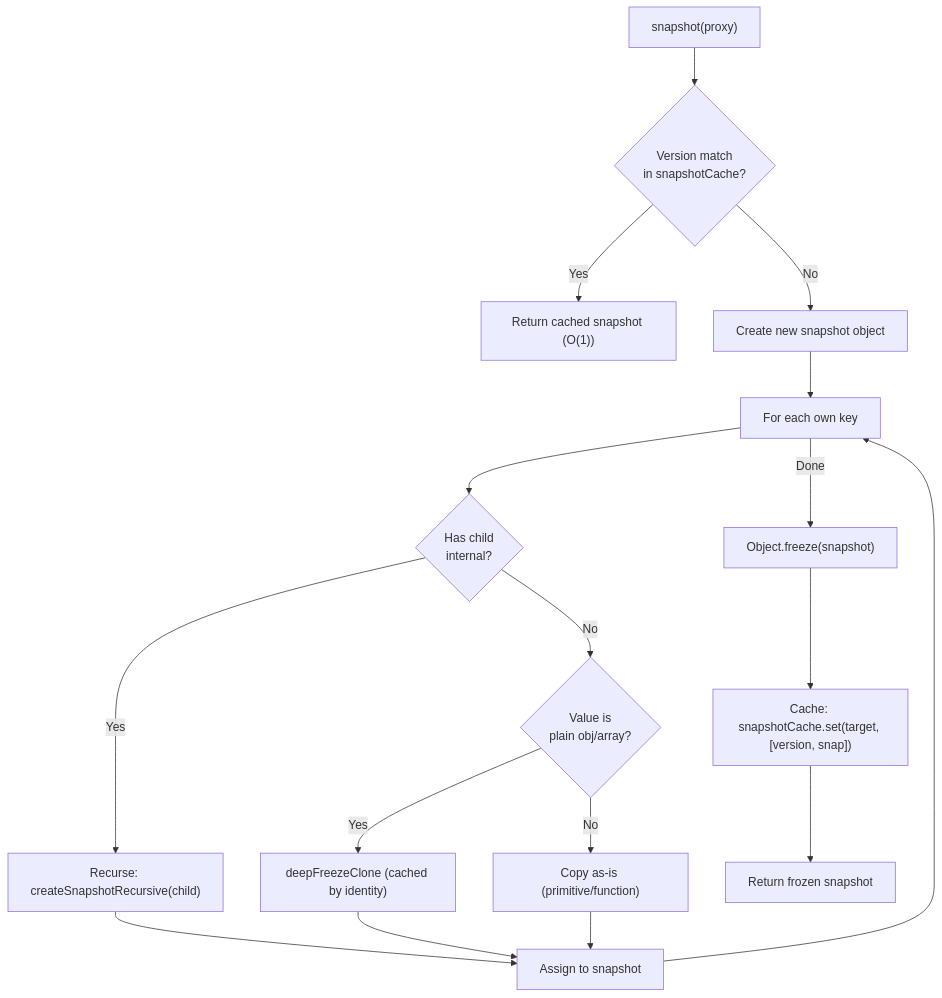
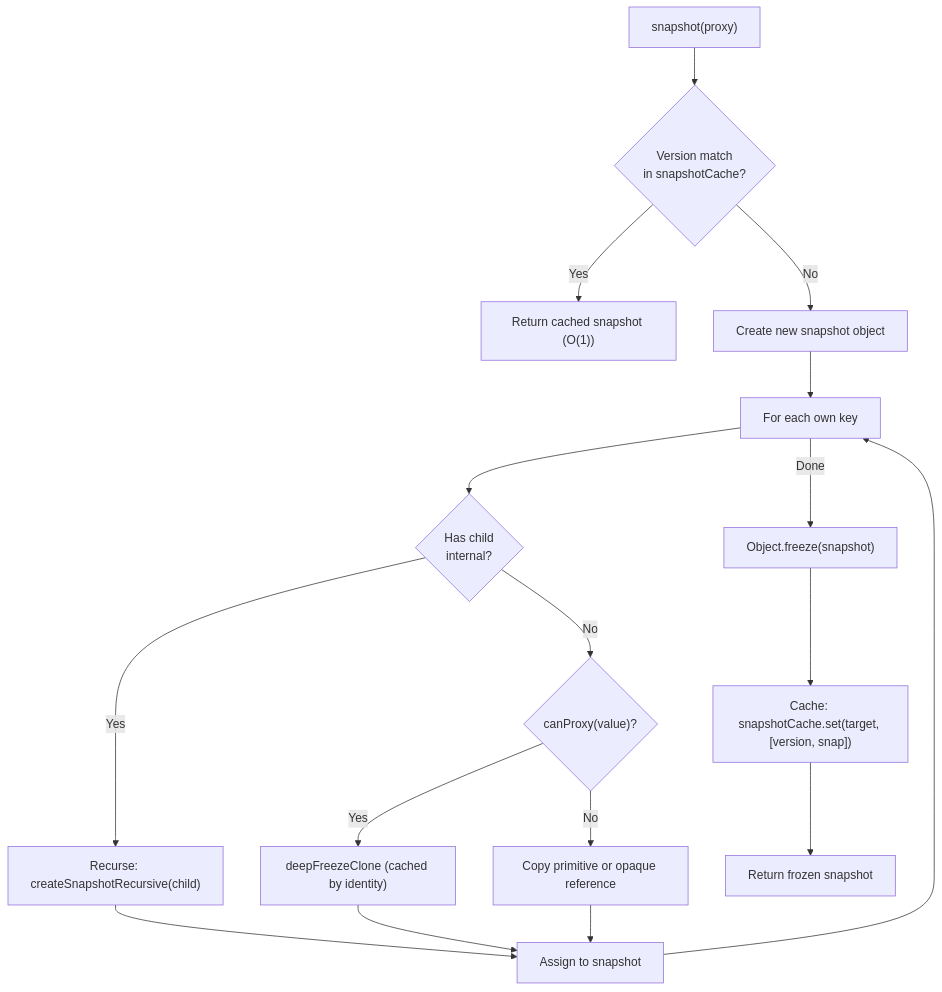
Before and after one commit to codeBelt/classy-store: the fourth of 8 diagrams in website/docs/ARCHITECTURE.md, drawn with Mermaid. The commit also changed other lines of this file and 15 other files, not shown here.

````diff
--- a/website/docs/ARCHITECTURE.md
+++ b/website/docs/ARCHITECTURE.md
@@ -240,19 +240,19 @@
 ```mermaid
 flowchart TD
   Start["snapshot(proxy)"] --> CheckCache{"Version match\nin snapshotCache?"}
   CheckCache -->|Yes| ReturnCached["Return cached snapshot (O(1))"]
   CheckCache -->|No| CreateSnap["Create new snapshot object"]
   CreateSnap --> IterateKeys["For each own key"]
   IterateKeys --> CheckChild{"Has child\ninternal?"}
   CheckChild -->|Yes| Recurse["Recurse: createSnapshotRecursive(child)"]
-  CheckChild -->|No| CheckProxy{"Value is\nplain obj/array?"}
+  CheckChild -->|No| CheckProxy{"canProxy(value)?"}
   CheckProxy -->|Yes| DeepClone["deepFreezeClone (cached by identity)"]
-  CheckProxy -->|No| CopyValue["Copy as-is (primitive/function)"]
+  CheckProxy -->|No| CopyValue["Copy primitive or opaque reference"]
   Recurse --> AssignProp["Assign to snapshot"]
   DeepClone --> AssignProp
   CopyValue --> AssignProp
   AssignProp --> IterateKeys
   IterateKeys -->|Done| Freeze["Object.freeze(snapshot)"]
   Freeze --> Cache["Cache: snapshotCache.set(target, [version, snap])"]
   Cache --> Return["Return frozen snapshot"]
 ```
````
